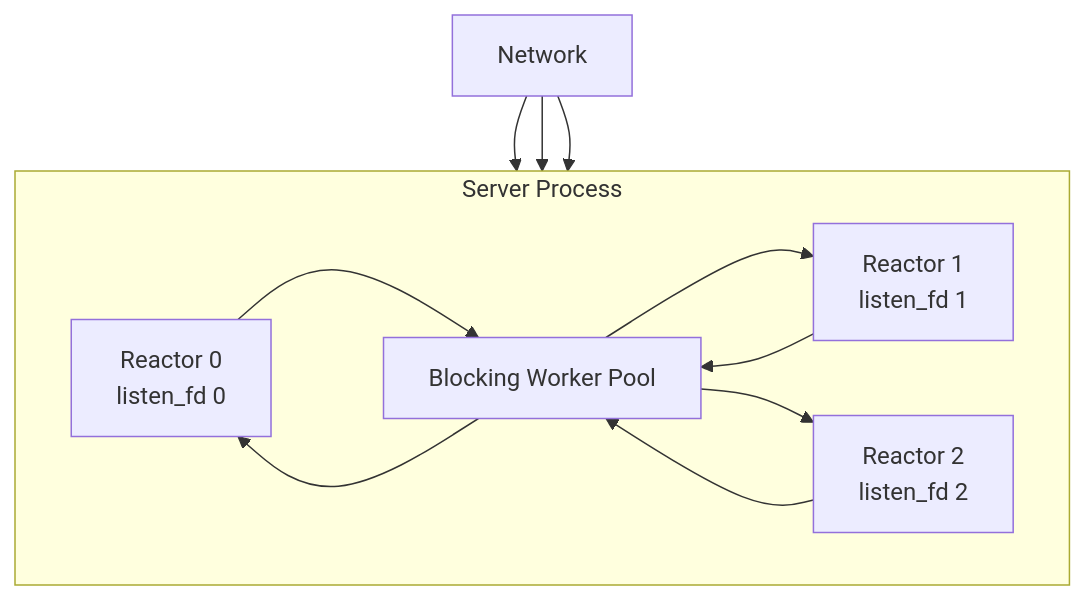
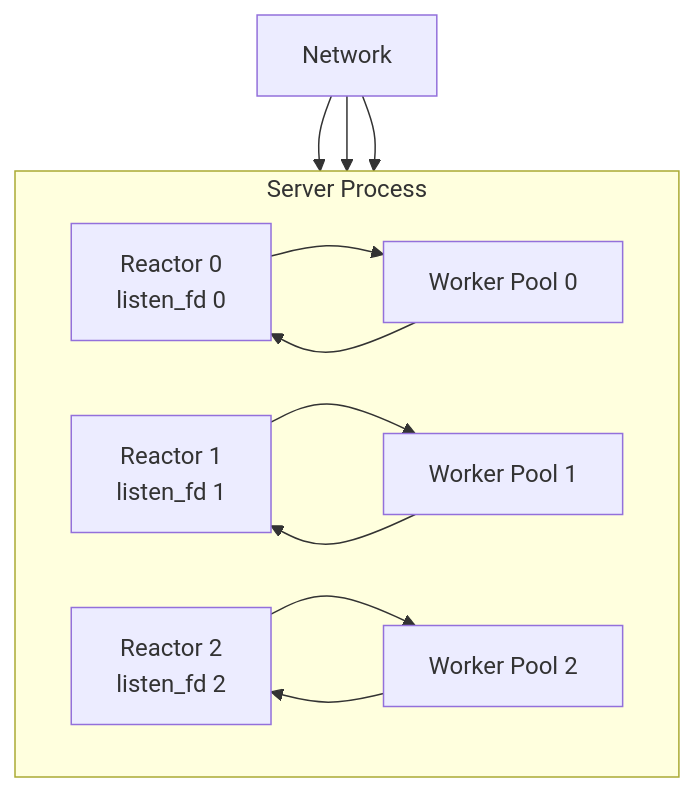
Before and after one commit to MyBlackHole/c-trpc: the diagram in docs/architecture/01-runtime.md, drawn with Mermaid. The commit also changed other lines of this file, not shown here.

````diff
--- a/docs/architecture/01-runtime.md
+++ b/docs/architecture/01-runtime.md
@@ -46,22 +59,24 @@
 ```mermaid
 flowchart TB
     NET["Network"]
     subgraph PROC["Server Process"]
         direction LR
         R0["Reactor 0\nlisten_fd 0"]
         R1["Reactor 1\nlisten_fd 1"]
         R2["Reactor 2\nlisten_fd 2"]
-        W["Blocking Worker Pool"]
+        W0["Worker Pool 0"]
+        W1["Worker Pool 1"]
+        W2["Worker Pool 2"]
     end
 
     NET --> R0
     NET --> R1
     NET --> R2
 
-    R0 --> W
-    R1 --> W
-    R2 --> W
-    W --> R0
-    W --> R1
-    W --> R2
+    R0 --> W0
+    R1 --> W1
+    R2 --> W2
+    W0 --> R0
+    W1 --> R1
+    W2 --> R2
 ```
````
